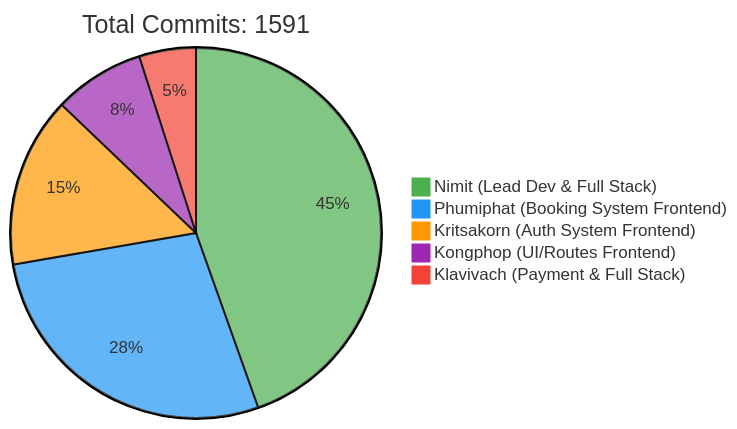
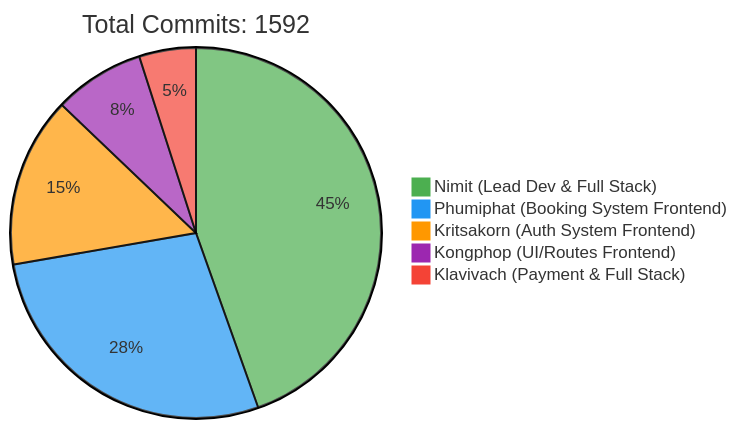
One commit to 6531503042/Sport-Complex changed the first of 2 diagrams in README.md. Above: the diagram before and after it, drawn with Mermaid. The commit also changed other lines of this file, not shown here.

Commit message:
docs: Update contributor statistics [skip ci]

````diff
--- a/README.md
+++ b/README.md
@@ -257,10 +257,10 @@
 ```mermaid
 %%{init: {'theme': 'base', 'themeVariables': { 'pie1': '#4CAF50', 'pie2': '#2196F3', 'pie3': '#FF9800', 'pie4': '#9C27B0', 'pie5': '#F44336'}}}%%
 pie
-    title Total Commits: 1591
+    title Total Commits: 1592
     "Nimit (Lead Dev & Full Stack)" : 450
     "Phumiphat (Booking System Frontend)" : 280
     "Kritsakorn (Auth System Frontend)" : 150
     "Kongphop (UI/Routes Frontend)" : 80
     "Klavivach (Payment & Full Stack)" : 50
 ```
````
